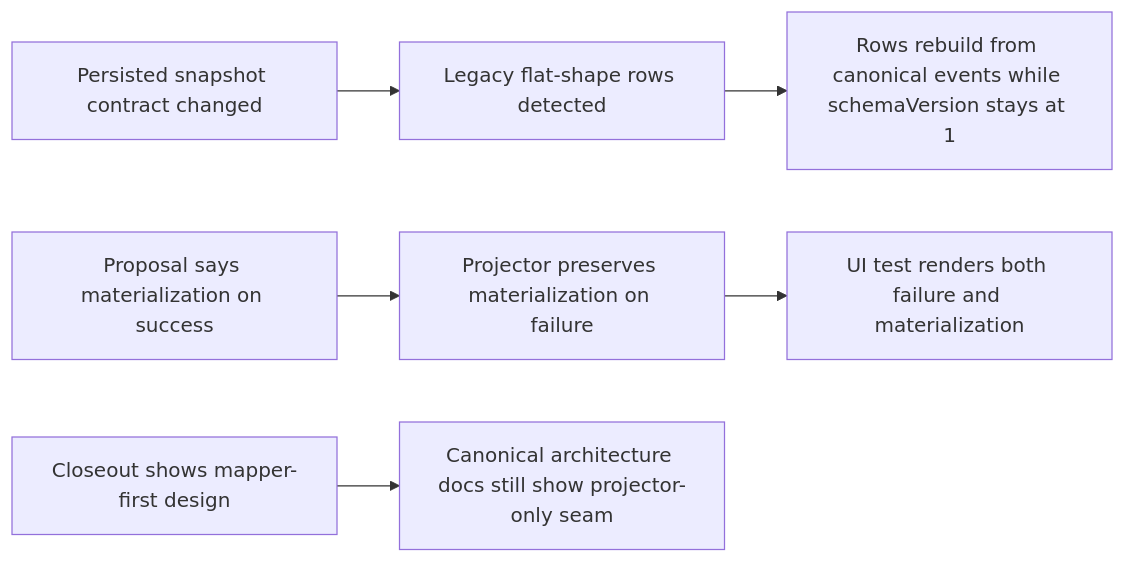
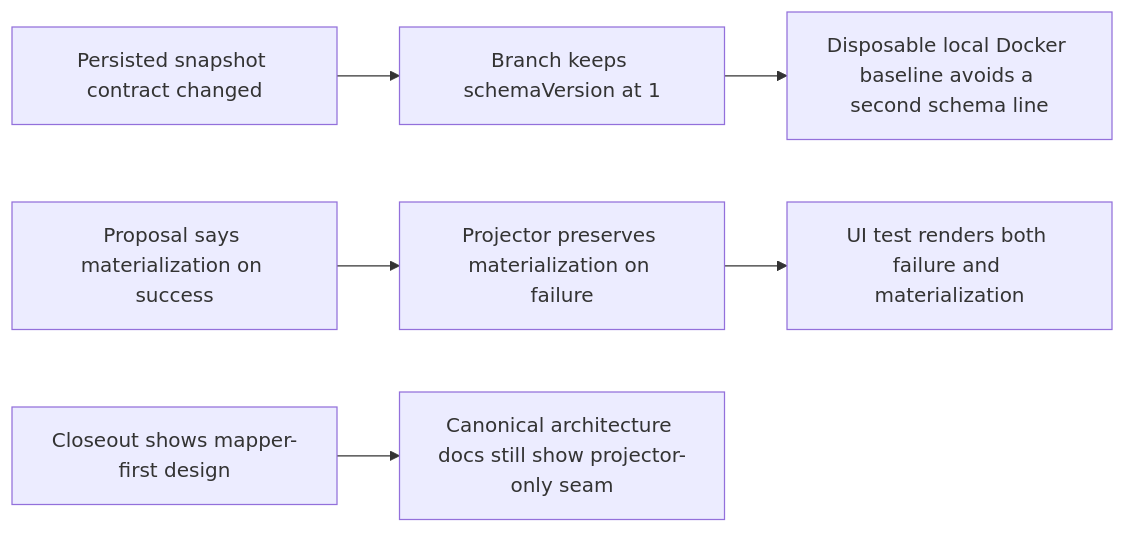
The diagram in docs/planning/reviews/execution-runtime/20260409-tf-c2-b-read-surface-hard-qa-review.md (dunay2/dvt), drawn with Mermaid before and after one commit. The commit also changed other lines of this file and 5 other files, not shown here.

````diff
--- a/docs/planning/reviews/execution-runtime/20260409-tf-c2-b-read-surface-hard-qa-review.md
+++ b/docs/planning/reviews/execution-runtime/20260409-tf-c2-b-read-surface-hard-qa-review.md
@@ -268,10 +262,10 @@
 ```mermaid
 flowchart LR
-  A[Persisted snapshot contract changed] --> B[Legacy flat-shape rows detected]
-  B --> C[Rows rebuild from canonical events while schemaVersion stays at 1]
+  A[Persisted snapshot contract changed] --> B[Branch keeps schemaVersion at 1]
+  B --> C[Disposable local Docker baseline avoids a second schema line]
 
   D[Proposal says materialization on success] --> E[Projector preserves materialization on failure]
   E --> F[UI test renders both failure and materialization]
 
   G[Closeout shows mapper-first design] --> H[Canonical architecture docs still show projector-only seam]
 ```
````
